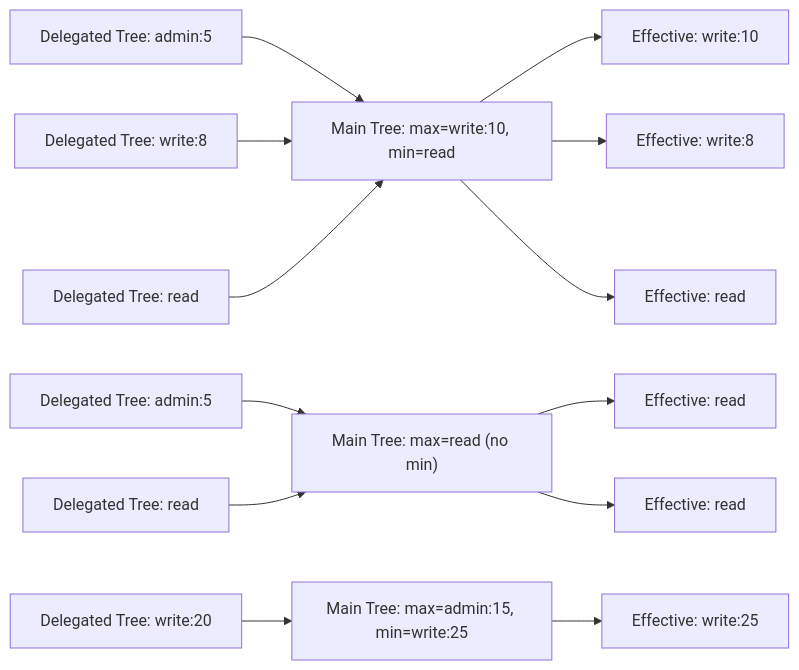
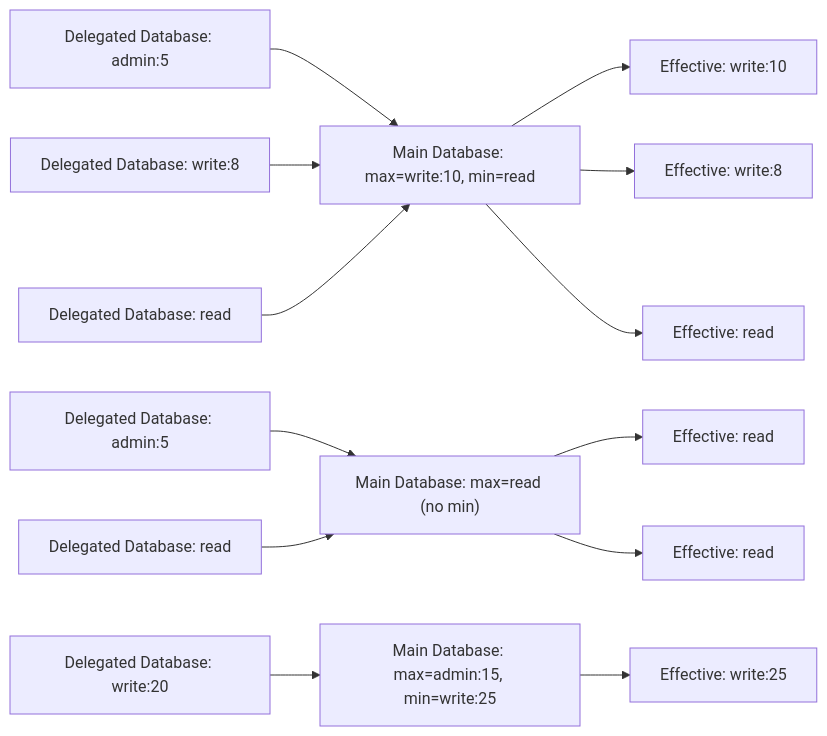
The third of 7 diagrams in docs/src/design/authentication.md (arcuru/eidetica), drawn with Mermaid before and after one commit. The commit also changed other lines of this file and 62 other files, not shown here.

````diff
--- a/docs/src/design/authentication.md
+++ b/docs/src/design/authentication.md
@@ -348,10 +348,10 @@
 ```mermaid
 graph LR
-    A["Delegated Tree: admin:5"] --> B["Main Tree: max=write:10, min=read"] --> C["Effective: write:10"]
-    D["Delegated Tree: write:8"] --> B --> E["Effective: write:8"]
-    F["Delegated Tree: read"] --> B --> G["Effective: read"]
+    A["Delegated Database: admin:5"] --> B["Main Database: max=write:10, min=read"] --> C["Effective: write:10"]
+    D["Delegated Database: write:8"] --> B --> E["Effective: write:8"]
+    F["Delegated Database: read"] --> B --> G["Effective: read"]
 
-    H["Delegated Tree: admin:5"] --> I["Main Tree: max=read (no min)"] --> J["Effective: read"]
-    K["Delegated Tree: read"] --> I --> L["Effective: read"]
-    M["Delegated Tree: write:20"] --> N["Main Tree: max=admin:15, min=write:25"] --> O["Effective: write:25"]
+    H["Delegated Database: admin:5"] --> I["Main Database: max=read (no min)"] --> J["Effective: read"]
+    K["Delegated Database: read"] --> I --> L["Effective: read"]
+    M["Delegated Database: write:20"] --> N["Main Database: max=admin:15, min=write:25"] --> O["Effective: write:25"]
 ```
````
